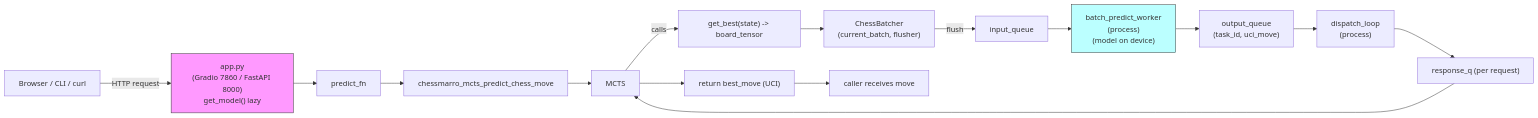
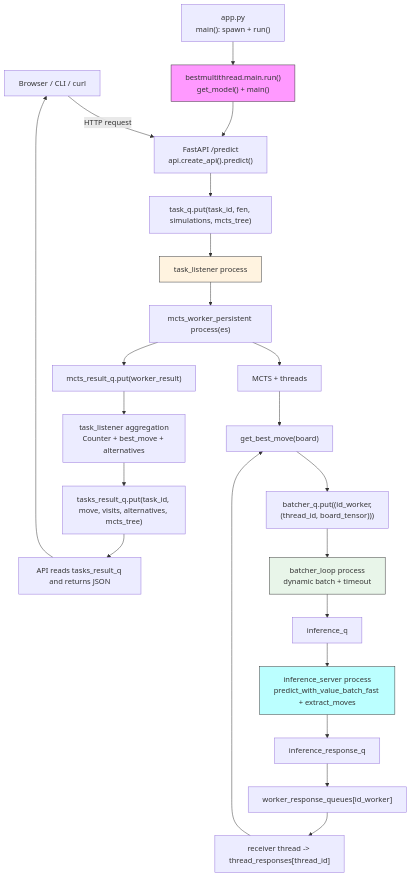
One commit to xxjcaxx/ChessAIThon changed the diagram in documentacion/chessAIthon-documentation/docs/architecture_diagrams.md. Above: the diagram before and after it, drawn with Mermaid. The commit also changed other lines of this file and 18 other files, not shown here.

````diff
--- a/documentacion/chessAIthon-documentation/docs/architecture_diagrams.md
+++ b/documentacion/chessAIthon-documentation/docs/architecture_diagrams.md
@@ -107,21 +7,36 @@
 ```mermaid
-flowchart LR
+flowchart TD
   A[Browser / CLI / curl]
-  A -->|HTTP request| B["app.py<br>(Gradio 7860 / FastAPI 8000)<br>get_model() lazy"]
-  B --> C[predict_fn]
-  C --> D[chessmarro_mcts_predict_chess_move]
-  D --> E[MCTS]
-  E -->|calls| F["get_best(state) -&gt; board_tensor"]
-  F --> G["ChessBatcher<br>(current_batch, flusher)"]
-  G -->|flush| H[input_queue]
-  H --> I["batch_predict_worker<br>(process)<br>(model on device)"]
-  I --> J["output_queue<br>(task_id, uci_move)"]
-  J --> K["dispatch_loop<br>(process)"]
-  K --> L["response_q (per request)"]
-  L --> E
-  E --> M["return best_move (UCI)"]
-  M --> N["caller receives move"]
+  B["app.py<br/>main(): spawn + run()"]
+  C["bestmultithread.main.run()<br/>get_model() + main()"]
+  D["FastAPI /predict<br/>api.create_api().predict()"]
 
-  style B fill:#f9f,stroke:#333,stroke-width:1px
-  style I fill:#bff,stroke:#333,stroke-width:1px
+  E["task_q.put(task_id, fen, simulations, mcts_tree)"]
+  F["task_listener process"]
+  G["mcts_worker_persistent process(es)"]
+  H["MCTS + threads"]
+  I["get_best_move(board)"]
+  J["batcher_q.put((id_worker,(thread_id, board_tensor)))"]
+
+  K["batcher_loop process<br/>dynamic batch + timeout"]
+  L["inference_q"]
+  M["inference_server process<br/>predict_with_value_batch_fast + extract_moves"]
+  N["inference_response_q"]
+  O["worker_response_queues[id_worker]"]
+  P["receiver thread -> thread_responses[thread_id]"]
+
+  Q["mcts_result_q.put(worker_result)"]
+  R["task_listener aggregation<br/>Counter + best_move + alternatives"]
+  S["tasks_result_q.put(task_id, move, visits, alternatives, mcts_tree)"]
+  T["API reads tasks_result_q and returns JSON"]
+
+  A -->|HTTP request| D
+  B --> C --> D
+  D --> E --> F --> G --> H --> I --> J --> K --> L --> M --> N --> O --> P --> I
+  G --> Q --> R --> S --> T --> A
+
+  style C fill:#f9f,stroke:#333,stroke-width:1px
+  style M fill:#bff,stroke:#333,stroke-width:1px
+  style K fill:#e8f5e9,stroke:#333,stroke-width:1px
+  style F fill:#fff3e0,stroke:#333,stroke-width:1px
 ```
````
